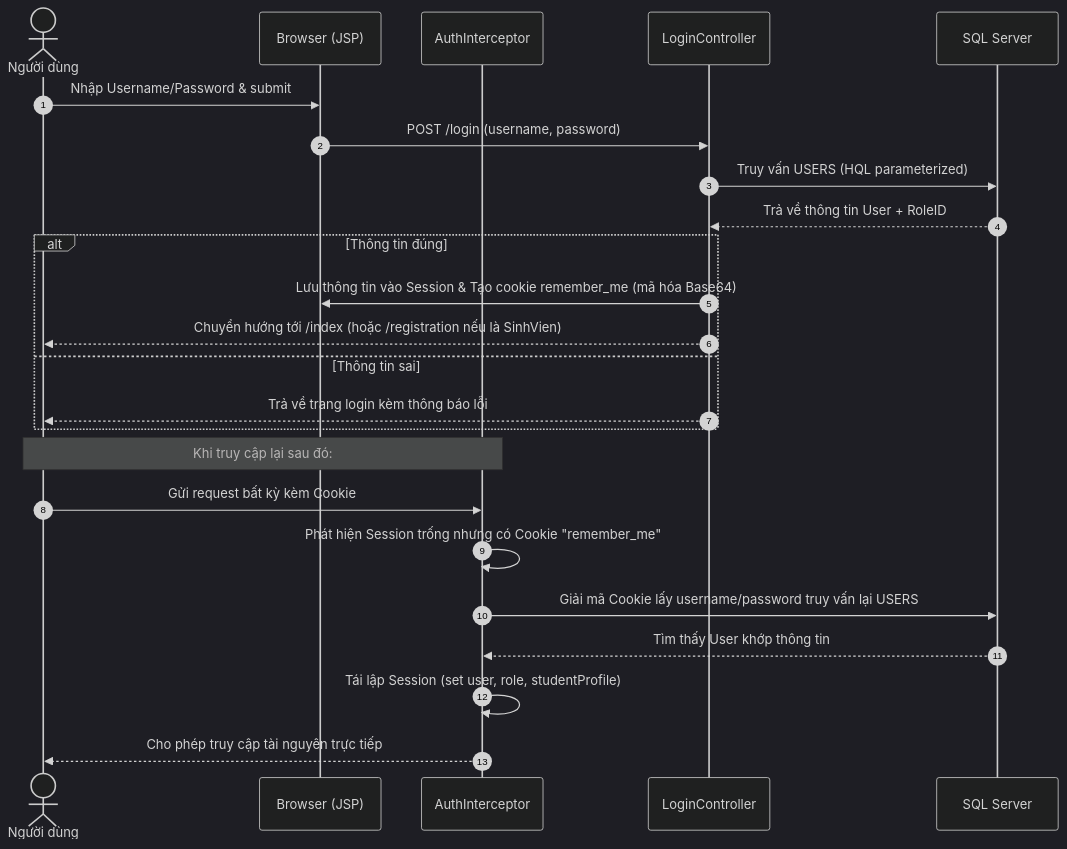
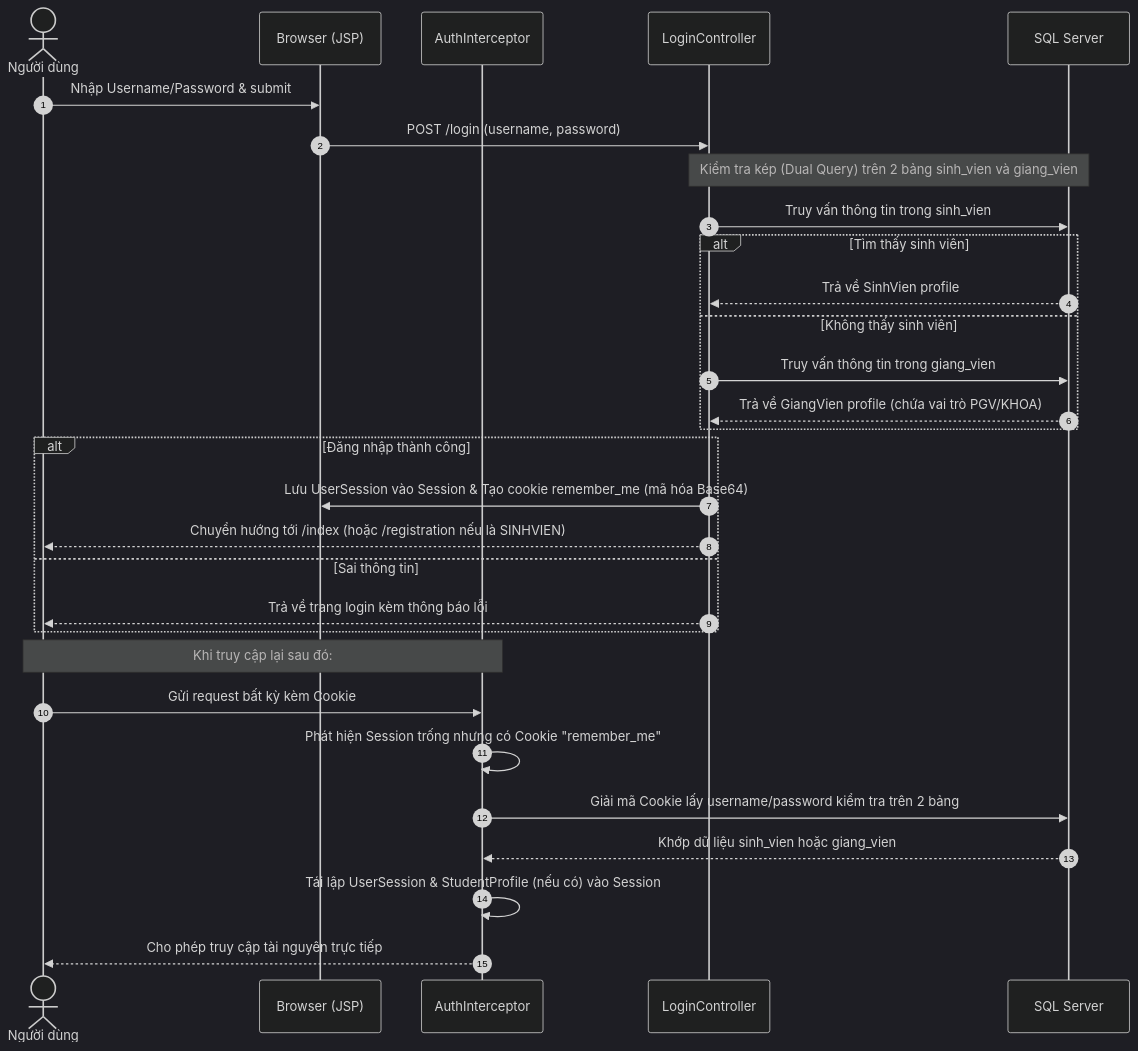
One commit to chivinh123abc/QLDSV_HQT_WEB changed the first of 2 diagrams in README.md. Above: the diagram before and after it, drawn with Mermaid (dark theme). The commit also changed other lines of this file and 55 other files, not shown here.

````diff
--- a/README.md
+++ b/README.md
@@ -131,28 +197,34 @@
 ```mermaid
 sequenceDiagram
     autonumber
     actor User as Người dùng
     participant Client as Browser (JSP)
     participant Interceptor as AuthInterceptor
     participant Controller as LoginController
     participant DB as SQL Server
 
     User->>Client: Nhập Username/Password & submit
     Client->>Controller: POST /login (username, password)
-    Controller->>DB: Truy vấn USERS (HQL parameterized)
-    DB-->>Controller: Trả về thông tin User + RoleID
-    alt Thông tin đúng
-        Controller->>Client: Lưu thông tin vào Session & Tạo cookie remember_me (mã hóa Base64)
-        Controller-->>User: Chuyển hướng tới /index (hoặc /registration nếu là SinhVien)
-    else Thông tin sai
+    Note over Controller, DB: Kiểm tra kép (Dual Query) trên 2 bảng sinh_vien và giang_vien
+    Controller->>DB: Truy vấn thông tin trong sinh_vien
+    alt Tìm thấy sinh viên
+        DB-->>Controller: Trả về SinhVien profile
+    else Không thấy sinh viên
+        Controller->>DB: Truy vấn thông tin trong giang_vien
+        DB-->>Controller: Trả về GiangVien profile (chứa vai trò PGV/KHOA)
+    end
+    alt Đăng nhập thành công
+        Controller->>Client: Lưu UserSession vào Session & Tạo cookie remember_me (mã hóa Base64)
+        Controller-->>User: Chuyển hướng tới /index (hoặc /registration nếu là SINHVIEN)
+    else Sai thông tin
         Controller-->>User: Trả về trang login kèm thông báo lỗi
     end
 
     Note over User, Interceptor: Khi truy cập lại sau đó:
     User->>Interceptor: Gửi request bất kỳ kèm Cookie
     Interceptor->>Interceptor: Phát hiện Session trống nhưng có Cookie "remember_me"
-    Interceptor->>DB: Giải mã Cookie lấy username/password truy vấn lại USERS
-    DB-->>Interceptor: Tìm thấy User khớp thông tin
-    Interceptor->>Interceptor: Tái lập Session (set user, role, studentProfile)
+    Interceptor->>DB: Giải mã Cookie lấy username/password kiểm tra trên 2 bảng
+    DB-->>Interceptor: Khớp dữ liệu sinh_vien hoặc giang_vien
+    Interceptor->>Interceptor: Tái lập UserSession & StudentProfile (nếu có) vào Session
     Interceptor-->>User: Cho phép truy cập tài nguyên trực tiếp
 ```
````
